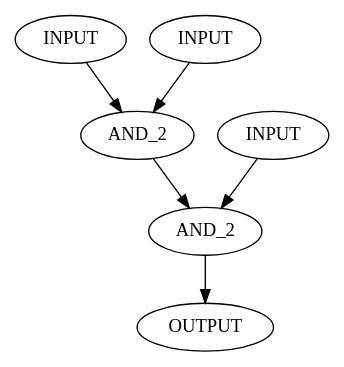
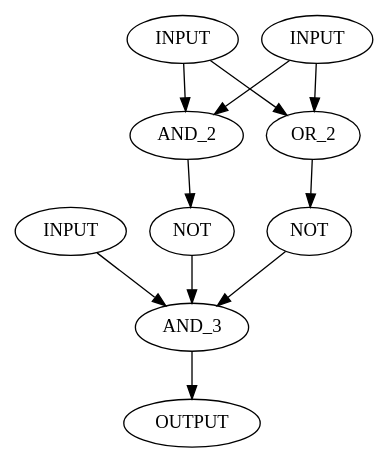
The diagram in test.dot (ozyz/Projet-Info), drawn with Graphviz before and after one commit. The commit also changed 7 other files, not shown here.

```diff
--- a/test.dot
+++ b/test.dot
@@ -1,15 +1,22 @@
 digraph G {
-  in1[label="INPUT"]
-  in2[label="INPUT"]
-  in3[label="INPUT"]
+  A[label="INPUT"]
+  B[label="INPUT"]
+  C[label="INPUT"]
   out1[label="OUTPUT"]
   and[label="AND_2"]
-  or[label="AND_2"]
+  or[label="OR_2"]
+  not1[label="NOT"]
+  not2[label="NOT"]
+  and3[label="AND_3"]
 
-  in1-> and
-  in2-> and
-  in3-> or
-  and-> or
-  or-> out1
-
+  A->and
+  A->or
+  B->and
+  B->or
+  C->and3
+  and->not1
+  or->not2
+  not1->and3
+  not2->and3
+  and3->out1
 }
```
